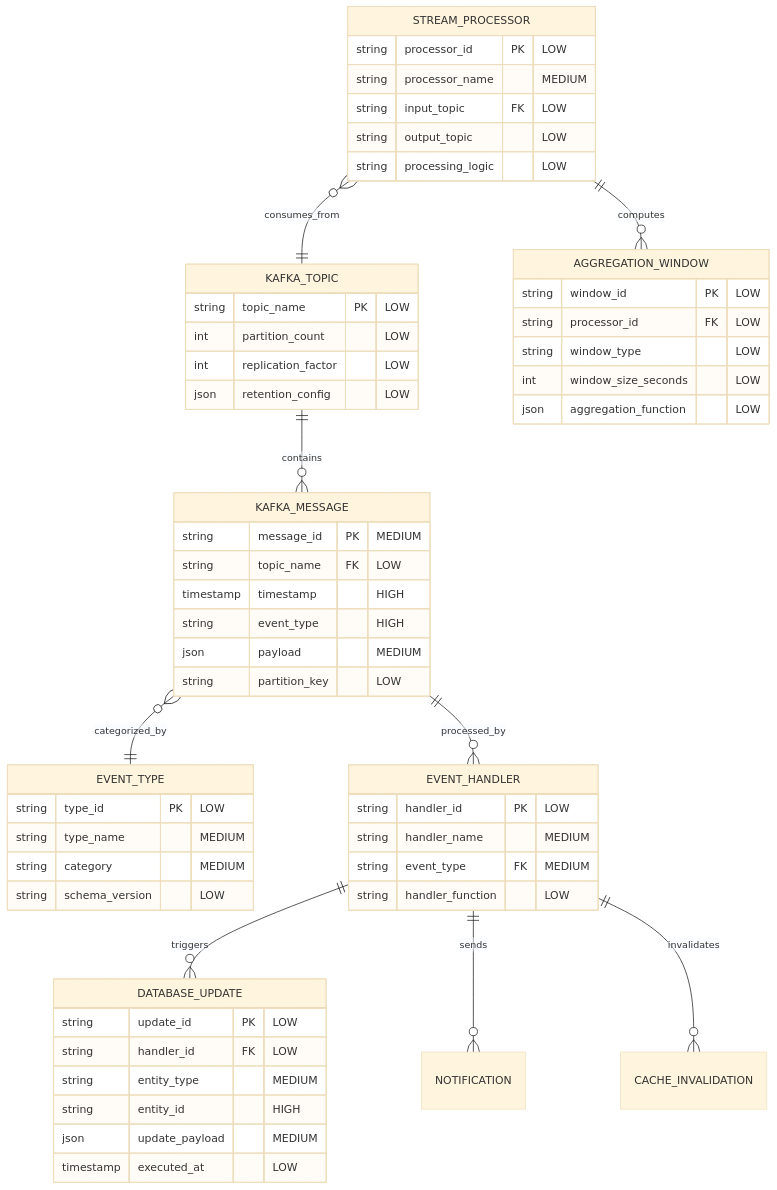
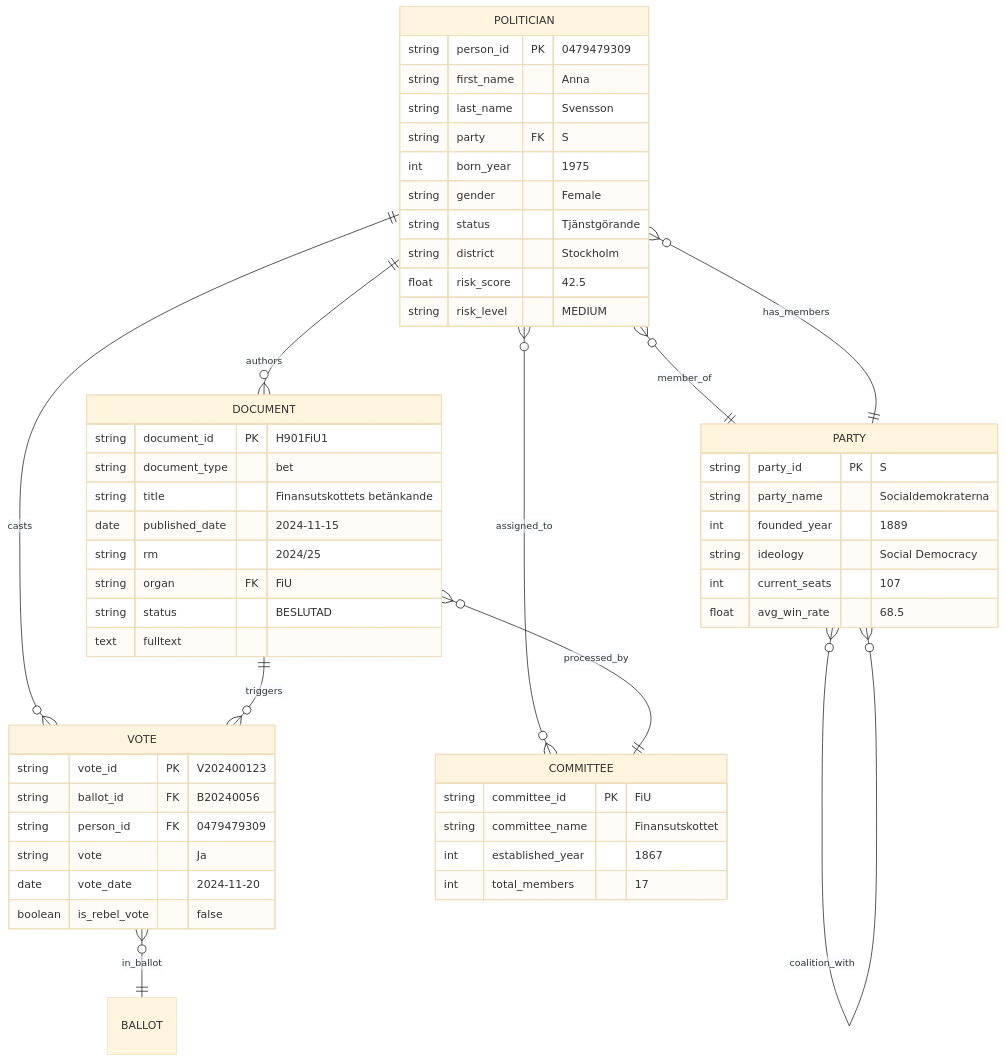
One commit to Hack23/riksdagsmonitor changed the first of 8 diagrams in FUTURE_DATA_MODEL.md. Above: the diagram before and after it, drawn with Mermaid (base theme). The commit also changed other lines of this file, not shown here.

````diff
--- a/FUTURE_DATA_MODEL.md
+++ b/FUTURE_DATA_MODEL.md
@@ -2703,68 +1012,64 @@
 ```mermaid
 erDiagram
-    KAFKA_TOPIC ||--o{ KAFKA_MESSAGE : contains
-    KAFKA_MESSAGE }o--|| EVENT_TYPE : categorized_by
-    KAFKA_MESSAGE ||--o{ EVENT_HANDLER : processed_by
+    POLITICIAN ||--o{ VOTE : casts
+    POLITICIAN }o--|| PARTY : member_of
+    POLITICIAN ||--o{ DOCUMENT : authors
+    POLITICIAN }o--o{ COMMITTEE : assigned_to
     
-    EVENT_HANDLER ||--o{ DATABASE_UPDATE : triggers
-    EVENT_HANDLER ||--o{ NOTIFICATION : sends
-    EVENT_HANDLER ||--o{ CACHE_INVALIDATION : invalidates
+    PARTY ||--o{ POLITICIAN : has_members
+    PARTY }o--o{ PARTY : coalition_with
     
-    STREAM_PROCESSOR ||--o{ AGGREGATION_WINDOW : computes
-    STREAM_PROCESSOR }o--|| KAFKA_TOPIC : consumes_from
+    DOCUMENT }o--|| COMMITTEE : processed_by
+    DOCUMENT ||--o{ VOTE : triggers
     
-    KAFKA_TOPIC {
-        string topic_name PK "LOW"
-        int partition_count "LOW"
-        int replication_factor "LOW"
-        json retention_config "LOW"
+    VOTE }o--|| BALLOT : in_ballot
+    
+    POLITICIAN {
+        string person_id PK "0479479309"
+        string first_name "Anna"
+        string last_name "Svensson"
+        string party FK "S"
+        int born_year "1975"
+        string gender "Female"
+        string status "Tjänstgörande"
+        string district "Stockholm"
+        float risk_score "42.5"
+        string risk_level "MEDIUM"
     }
     
-    KAFKA_MESSAGE {
-        string message_id PK "MEDIUM"
-        string topic_name FK "LOW"
-        timestamp timestamp "HIGH"
-        string event_type "HIGH"
-        json payload "MEDIUM"
-        string partition_key "LOW"
+    PARTY {
+        string party_id PK "S"
+        string party_name "Socialdemokraterna"
+        int founded_year "1889"
+        string ideology "Social Democracy"
+        int current_seats "107"
+        float avg_win_rate "68.5"
     }
     
-    EVENT_TYPE {
-        string type_id PK "LOW"
-        string type_name "MEDIUM"
-        string category "MEDIUM"
-        string schema_version "LOW"
+    DOCUMENT {
+        string document_id PK "H901FiU1"
+        string document_type "bet"
+        string title "Finansutskottets betänkande"
+        date published_date "2024-11-15"
+        string rm "2024/25"
+        string organ FK "FiU"
+        string status "BESLUTAD"
+        text fulltext
     }
     
-    EVENT_HANDLER {
-        string handler_id PK "LOW"
-        string handler_name "MEDIUM"
-        string event_type FK "MEDIUM"
-        string handler_function "LOW"
+    VOTE {
+        string vote_id PK "V202400123"
+        string ballot_id FK "B20240056"
+        string person_id FK "0479479309"
+        string vote "Ja"
+        date vote_date "2024-11-20"
+        boolean is_rebel_vote "false"
     }
     
-    DATABASE_UPDATE {
-        string update_id PK "LOW"
-        string handler_id FK "LOW"
-        string entity_type "MEDIUM"
-        string entity_id "HIGH"
-        json update_payload "MEDIUM"
-        timestamp executed_at "LOW"
-    }
-    
-    STREAM_PROCESSOR {
-        string processor_id PK "LOW"
-        string processor_name "MEDIUM"
-        string input_topic FK "LOW"
-        string output_topic "LOW"
-        string processing_logic "LOW"
-    }
-    
-    AGGREGATION_WINDOW {
-        string window_id PK "LOW"
-        string processor_id FK "LOW"
-        string window_type "LOW"
-        int window_size_seconds "LOW"
-        json aggregation_function "LOW"
+    COMMITTEE {
+        string committee_id PK "FiU"
+        string committee_name "Finansutskottet"
+        int established_year "1867"
+        int total_members "17"
     }
 ```
````
